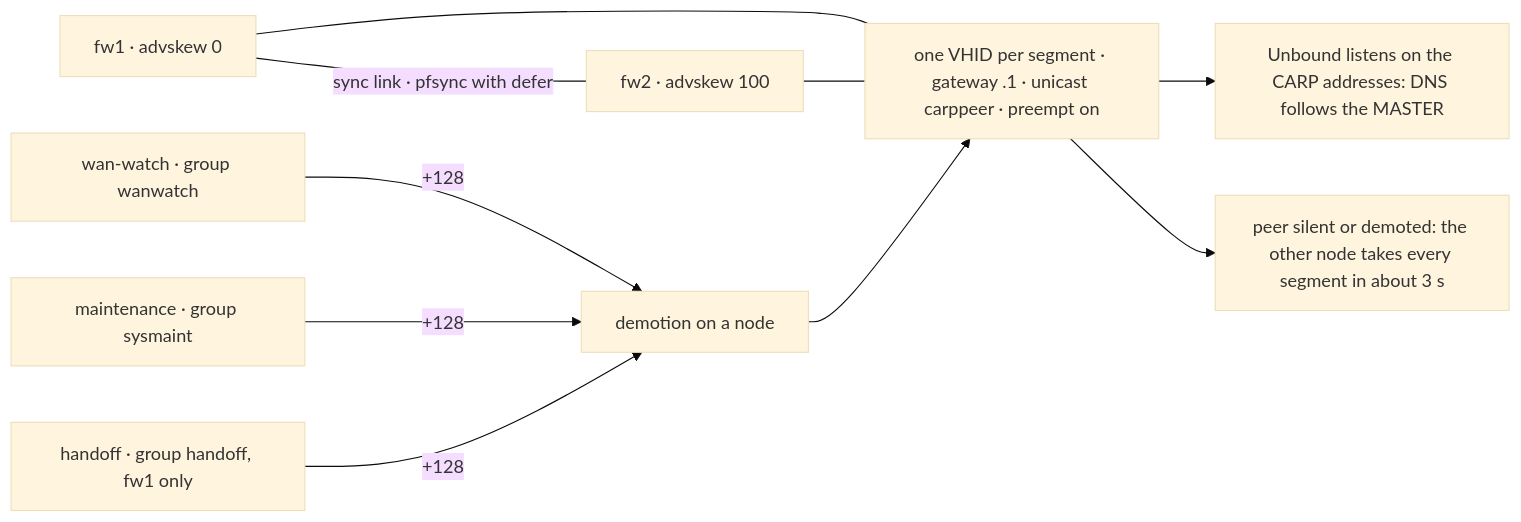
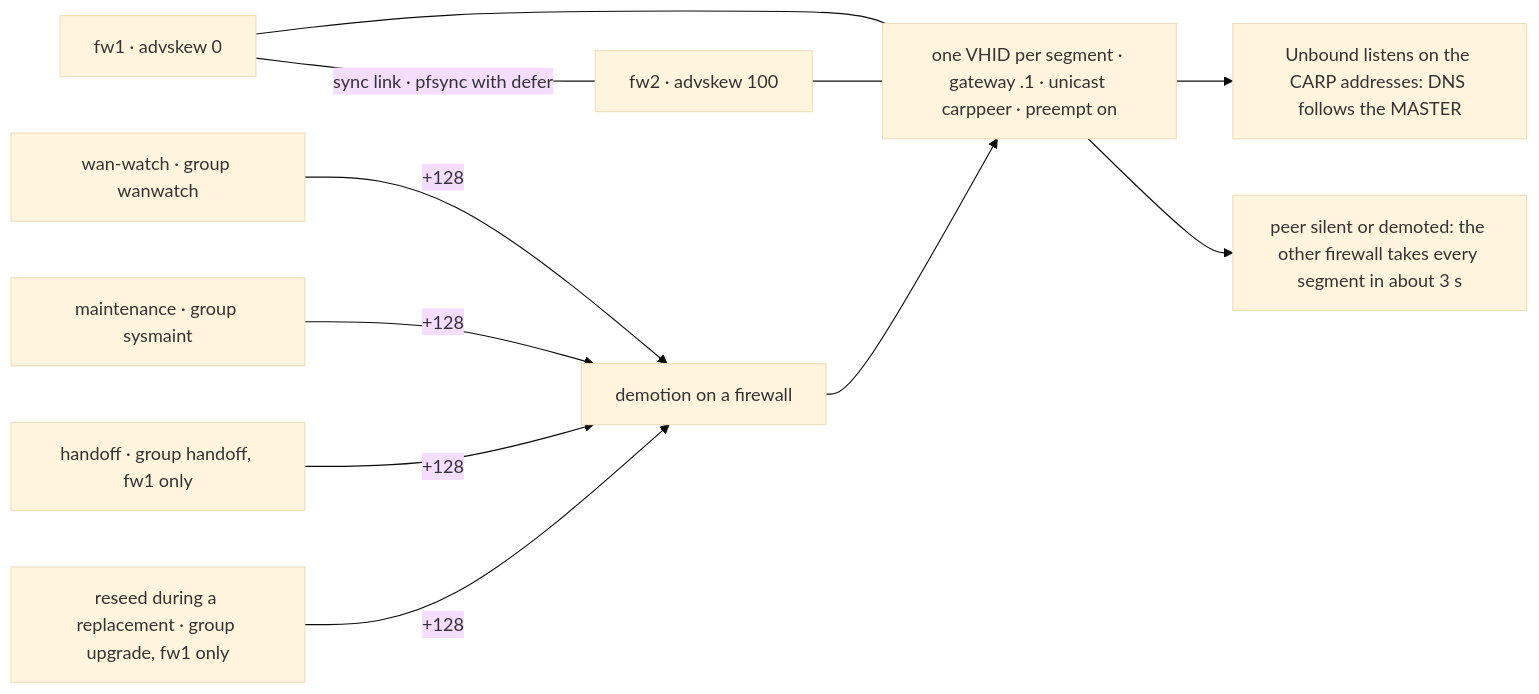
One commit to svkadmin/convergent changed the second of 7 diagrams in ARCHITECTURE.md. Above: the diagram before and after it, drawn with Mermaid (base theme). The commit also changed other lines of this file and 6 other files, not shown here.

Commit message:
docs: fact-checked against the code: the self-heal path and its locks, CARP demotion by a reseeded fw1, NIC filtering, the boot and bless order, baseline acceptance under Secure Boot, the Incus UI, Remmina keyring and highest repairs, the build's channel files, scan exit codes and fixtures

````diff
--- a/ARCHITECTURE.md
+++ b/ARCHITECTURE.md
@@ -301,12 +302,13 @@
 ```mermaid
 flowchart LR
   fw1["fw1 · advskew 0"] ---|"sync link · pfsync with defer"| fw2["fw2 · advskew 100"]
   fw1 --- carp["one VHID per segment · gateway .1 · unicast carppeer · preempt on"]
   fw2 --- carp
   carp --> dns["Unbound listens on the CARP addresses: DNS follows the MASTER"]
-  carp --> over["peer silent or demoted: the other node takes every segment in about 3 s"]
-  ww["wan-watch · group wanwatch"] -- "+128" --> dem["demotion on a node"]
+  carp --> over["peer silent or demoted: the other firewall takes every segment in about 3 s"]
+  ww["wan-watch · group wanwatch"] -- "+128" --> dem["demotion on a firewall"]
   mt["maintenance · group sysmaint"] -- "+128" --> dem
   ho["handoff · group handoff, fw1 only"] -- "+128" --> dem
+  rs["reseed during a replacement · group upgrade, fw1 only"] -- "+128" --> dem
   dem --> carp
 ```
````
